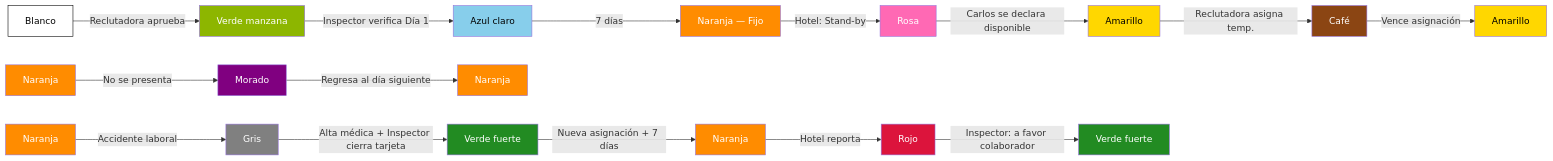
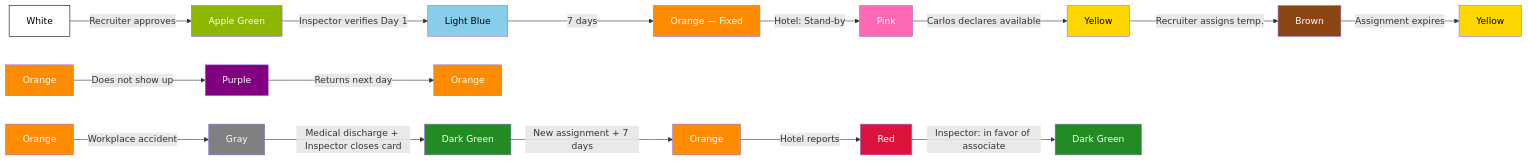
Before and after one commit to DevelopmentRWG/oranje-matrix-system: the diagram in Simulaciones/Simulación - Ciclo de Vida del Colaborador.md, drawn with Mermaid. The commit also changed other lines of this file and 6 other files, not shown here.

````diff
--- a/Simulaciones/Simulación - Ciclo de Vida del Colaborador.md
+++ b/Simulaciones/Simulación - Ciclo de Vida del Colaborador.md
@@ -562,35 +562,35 @@
 ```mermaid
 graph LR
-    BL[Blanco] -->|Reclutadora aprueba| VM[Verde manzana]
-    VM -->|Inspector verifica Día 1| AC[Azul claro]
-    AC -->|7 días| NA[Naranja — Fijo]
-    NA -->|Hotel: Stand-by| Rosa
-    Rosa -->|Carlos se declara disponible| Am[Amarillo]
-    Am -->|Reclutadora asigna temp.| Cafe[Café]
-    Cafe -->|Vence asignación| Am2[Amarillo]
-    NA2[Naranja] -->|No se presenta| Mo[Morado]
-    Mo -->|Regresa al día siguiente| NA3[Naranja]
-    NA4[Naranja] -->|Accidente laboral| Gris
-    Gris -->|Alta médica + Inspector cierra tarjeta| VF[Verde fuerte]
-    VF -->|Nueva asignación + 7 días| NA5[Naranja]
-    NA5 -->|Hotel reporta| Rojo
-    Rojo -->|Inspector: a favor colaborador| VF2[Verde fuerte]
+    BL[White] -->|Recruiter approves| VM[Apple Green]
+    VM -->|Inspector verifies Day 1| AC[Light Blue]
+    AC -->|7 days| NA[Orange — Fixed]
+    NA -->|Hotel: Stand-by| Rosa[Pink]
+    Rosa -->|Carlos declares available| Am[Yellow]
+    Am -->|Recruiter assigns temp.| Cafe[Brown]
+    Cafe -->|Assignment expires| Am2[Yellow]
+    NA2[Orange] -->|Does not show up| Mo[Purple]
+    Mo -->|Returns next day| NA3[Orange]
+    NA4[Orange] -->|Workplace accident| Gris[Gray]
+    Gris -->|Medical discharge + Inspector closes card| VF[Dark Green]
+    VF -->|New assignment + 7 days| NA5[Orange]
+    NA5 -->|Hotel reports| Rojo[Red]
+    Rojo -->|Inspector: in favor of associate| VF2[Dark Green]
 
     style BL fill:#FFFFFF,stroke:#000,color:#000
     style VM fill:#8DB600,color:#fff
     style AC fill:#87CEEB,color:#000
     style NA fill:#FF8C00,color:#fff
     style NA2 fill:#FF8C00,color:#fff
     style NA3 fill:#FF8C00,color:#fff
     style NA4 fill:#FF8C00,color:#fff
     style NA5 fill:#FF8C00,color:#fff
     style Rosa fill:#FF69B4,color:#fff
     style Am fill:#FFD700,color:#000
     style Am2 fill:#FFD700,color:#000
     style Cafe fill:#8B4513,color:#fff
     style Mo fill:#800080,color:#fff
     style Gris fill:#808080,color:#fff
     style VF fill:#228B22,color:#fff
     style VF2 fill:#228B22,color:#fff
     style Rojo fill:#DC143C,color:#fff
 ```
````
